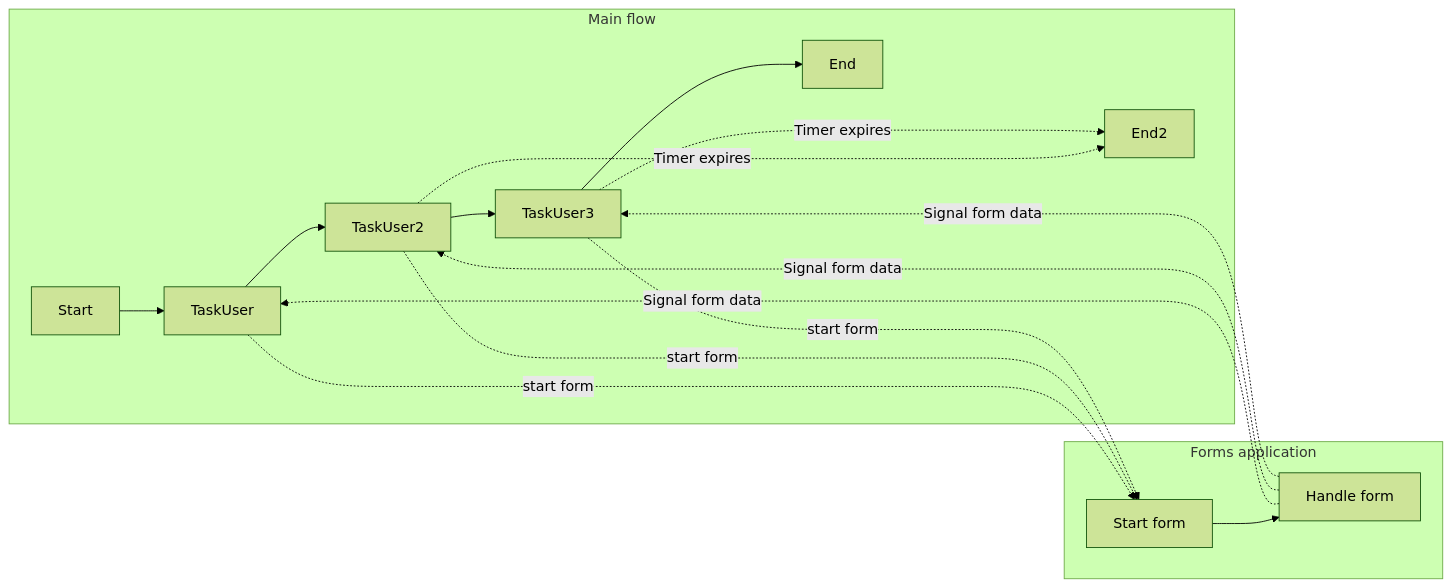
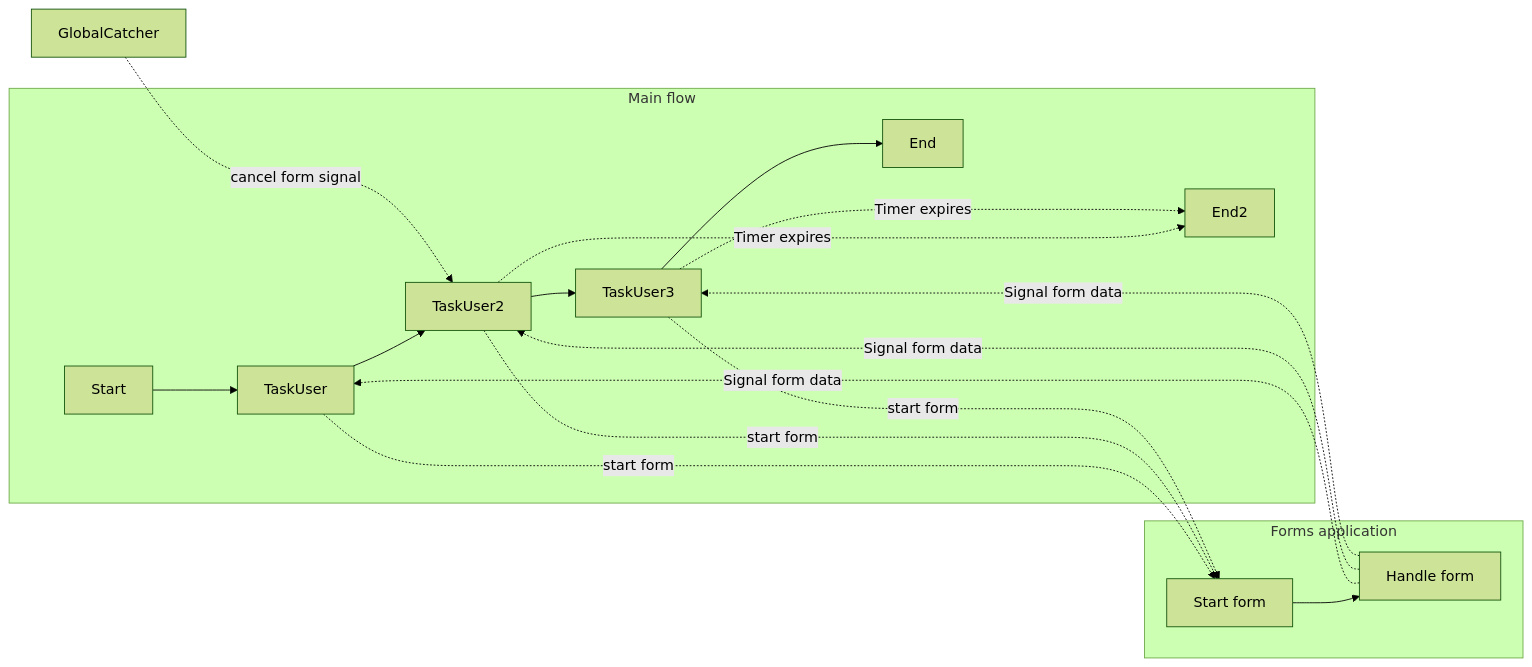
Before and after one commit to OlofMorraNavara/TemporalQuestions: the diagram in task-user-solution/README.md, drawn with Mermaid (forest theme). The commit also changed other lines of this file and 5 other files, not shown here.

````diff
--- a/task-user-solution/README.md
+++ b/task-user-solution/README.md
@@ -45,30 +51,32 @@
 ```mermaid
 graph LR; 
    Start --> TaskUser;
    TaskUser --> TaskUser2; 
    TaskUser2 --> TaskUser3;
    TaskUser2 -..->|Timer expires| End2;
    TaskUser3 --> End;
    TaskUser3 -..->|Timer expires| End2;
+   
+   GlobalCatcher -..->|cancel form signal| TaskUser2;
 
    TaskUser -..->|start form| SF
    TaskUser2 -..->|start form| SF
    TaskUser3 -..->|start form| SF
    
    HF  -..->| Signal form data| TaskUser
    HF  -..->| Signal form data| TaskUser2
    HF  -..->| Signal form data| TaskUser3
 
 subgraph Main flow 
    Start 
    TaskUser 
    TaskUser2 
    TaskUser3
    End
    End2
 end
 
 subgraph Forms application
     SF[Start form] --> HF[Handle form]
 end
 ```
````
